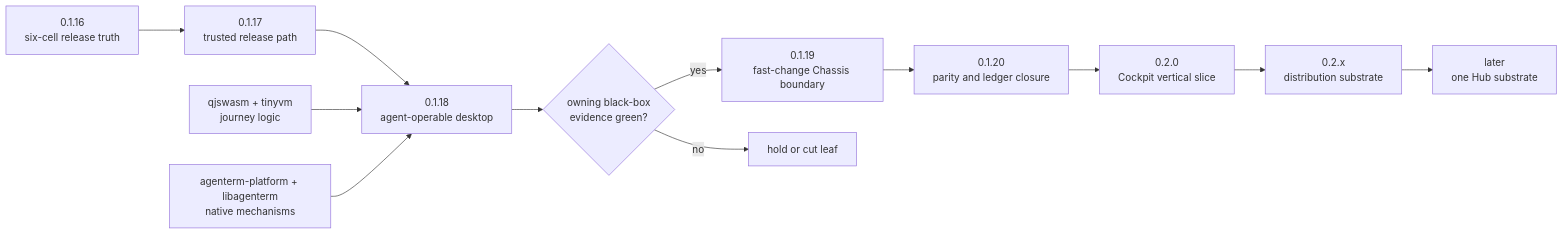
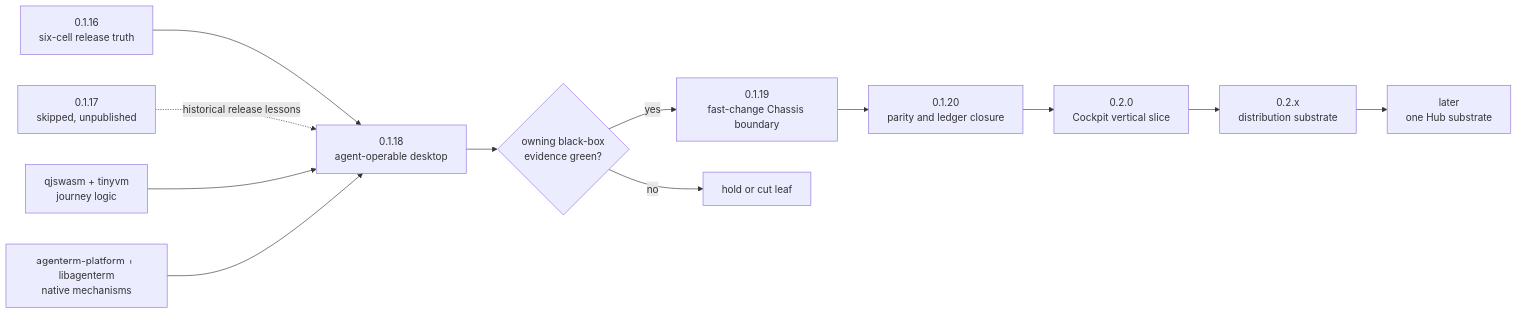
One commit to partnernetsoftware/agenterm changed the diagram in plan/roadmap-0.1x-0.2x.md. Above: the diagram before and after it, drawn with Mermaid. The commit also changed other lines of this file and 22 other files, not shown here.

Commit message:
chore(release): open v0.1.18 after skipped v0.1.17

````diff
--- a/plan/roadmap-0.1x-0.2x.md
+++ b/plan/roadmap-0.1x-0.2x.md
@@ -35,21 +35,22 @@
 ```mermaid
 flowchart LR
   R16["0.1.16<br/>six-cell release truth"]
-  R17["0.1.17<br/>trusted release path"]
+  R17["0.1.17<br/>skipped, unpublished"]
   CU["0.1.18<br/>agent-operable desktop"]
   Q["qjswasm + tinyvm<br/>journey logic"]
   P["agenterm-platform + libagenterm<br/>native mechanisms"]
   CH["0.1.19<br/>fast-change Chassis boundary"]
   CL["0.1.20<br/>parity and ledger closure"]
   CC["0.2.0<br/>Cockpit vertical slice"]
   D["0.2.x<br/>distribution substrate"]
   H["later<br/>one Hub substrate"]
   K{"owning black-box<br/>evidence green?"}
   CUT["hold or cut leaf"]
 
-  R16 --> R17 --> CU
+  R16 --> CU
+  R17 -. historical release lessons .-> CU
   Q & P --> CU
   CU --> K
   K -->|yes| CH --> CL --> CC --> D --> H
   K -->|no| CUT
 ```
````
